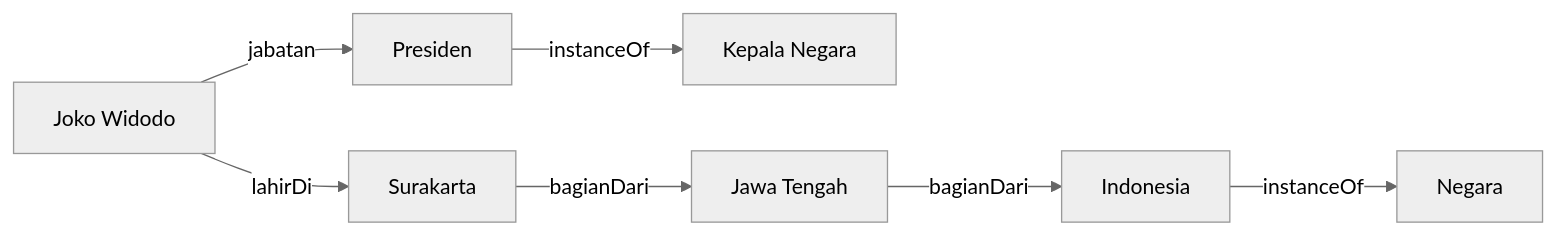
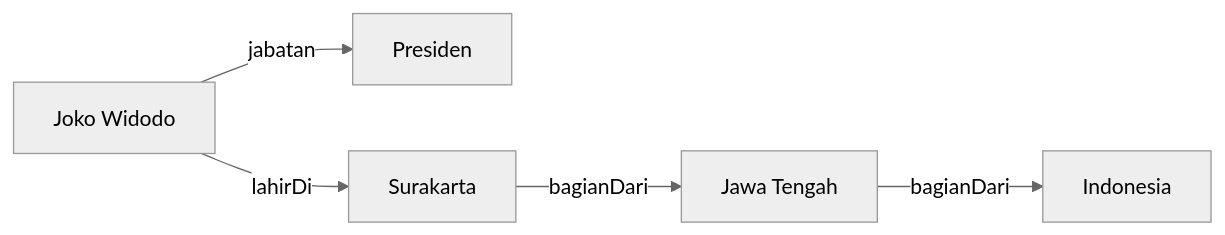
Before and after one commit to antonprafanto/dasarAI2026: the third of 5 diagrams in bab-03-representasi.md, drawn with Mermaid (neutral theme). The commit also changed other lines of this file, not shown here.

````diff
--- a/bab-03-representasi.md
+++ b/bab-03-representasi.md
@@ -397,12 +157,7 @@
 ```mermaid
 graph LR
-    Joko_Widodo[Joko Widodo] -->|jabatan| Presiden[Presiden]
-    Joko_Widodo -->|lahirDi| Surakarta[Surakarta]
-
-    Presiden -->|instanceOf| Kepala_Negara[Kepala Negara]
-
-    Surakarta -->|bagianDari| Jawa_Tengah[Jawa Tengah]
-    Jawa_Tengah -->|bagianDari| Indonesia[Indonesia]
-
-    Indonesia -->|instanceOf| Negara[Negara]
+    Joko[Joko Widodo] -->|jabatan| Presiden
+    Joko -->|lahirDi| Surakarta
+    Surakarta -->|bagianDari| JaTeng[Jawa Tengah]
+    JaTeng -->|bagianDari| Indonesia
 ```
````
